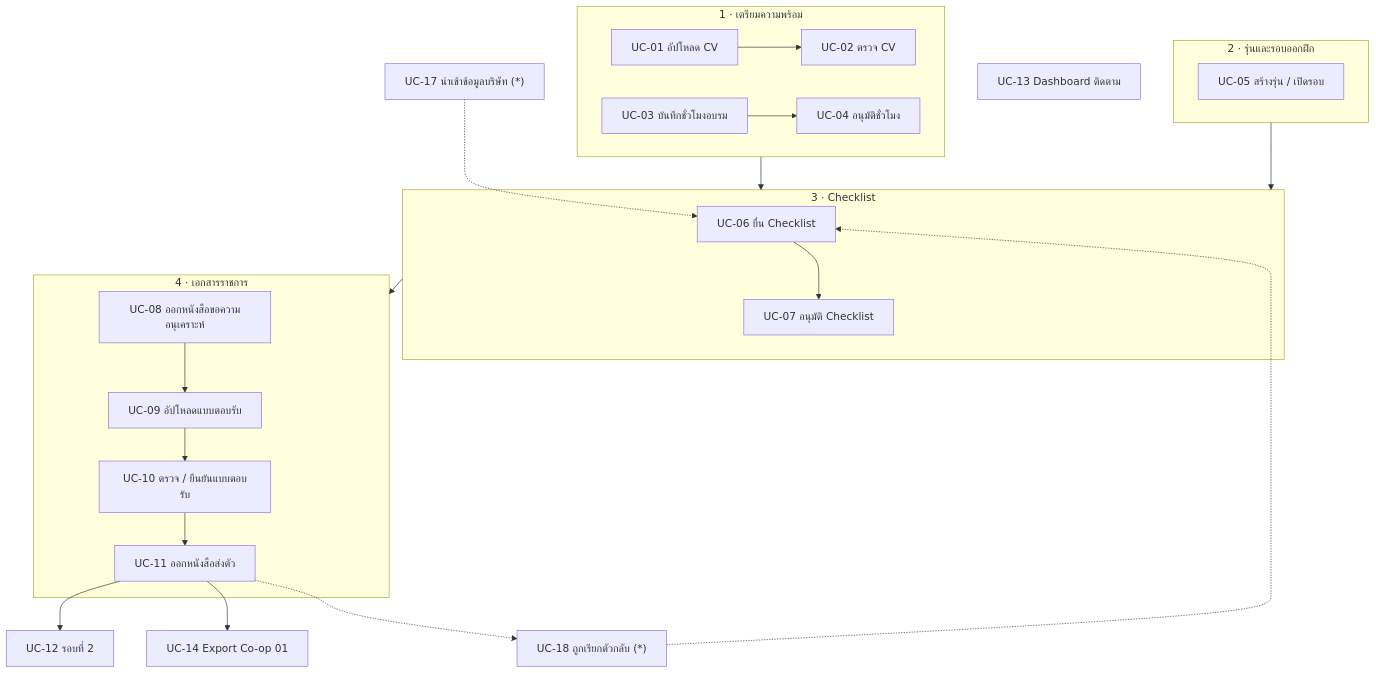
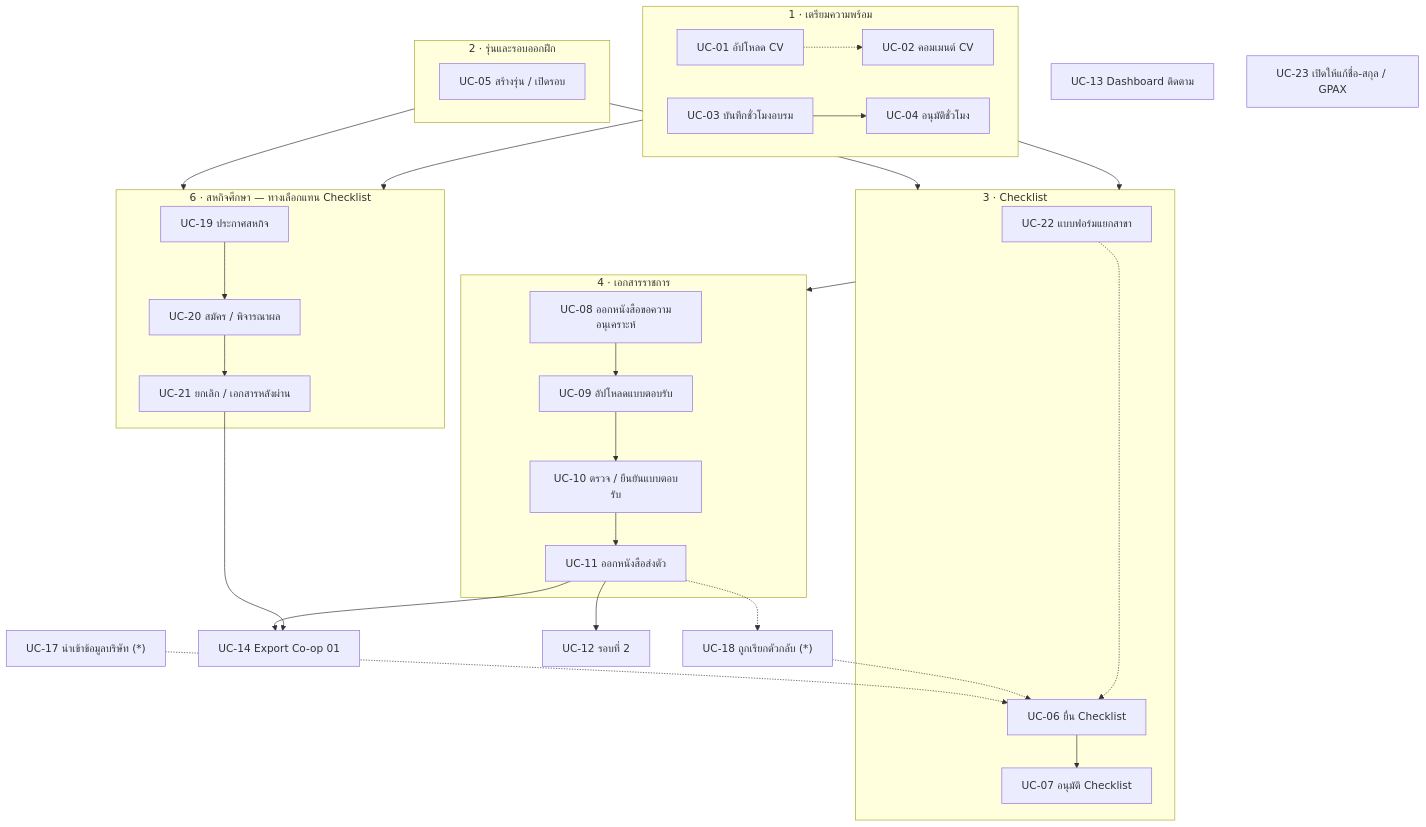
One commit to Whyer2005/ICT_Internship_tracking_system changed the diagram in docs/requirements/03_USE_CASES.md. Above: the diagram before and after it, drawn with Mermaid. The commit also changed other lines of this file and 20 other files, not shown here.

Commit message:
อัพเดต diagrams และ เอกสาร

````diff
--- a/docs/requirements/03_USE_CASES.md
+++ b/docs/requirements/03_USE_CASES.md
@@ -8,27 +8,36 @@
 ```mermaid
 flowchart TB
   subgraph PREP[1 · เตรียมความพร้อม]
-    UC01[UC-01 อัปโหลด CV] --> UC02[UC-02 ตรวจ CV]
+    UC01[UC-01 อัปโหลด CV] -.-> UC02[UC-02 คอมเมนต์ CV]
     UC03[UC-03 บันทึกชั่วโมงอบรม] --> UC04[UC-04 อนุมัติชั่วโมง]
   end
   subgraph CYCLE[2 · รุ่นและรอบออกฝึก]
     UC05[UC-05 สร้างรุ่น / เปิดรอบ]
   end
   subgraph CHK[3 · Checklist]
+    UC22[UC-22 แบบฟอร์มแยกสาขา] -.-> UC06
     UC06[UC-06 ยื่น Checklist] --> UC07[UC-07 อนุมัติ Checklist]
+  end
+  subgraph COOP[6 · สหกิจศึกษา — ทางเลือกแทน Checklist]
+    UC19[UC-19 ประกาศสหกิจ] --> UC20[UC-20 สมัคร / พิจารณาผล]
+    UC20 --> UC21[UC-21 ยกเลิก / เอกสารหลังผ่าน]
   end
   subgraph DOC[4 · เอกสารราชการ]
     UC08[UC-08 ออกหนังสือขอความอนุเคราะห์] --> UC09[UC-09 อัปโหลดแบบตอบรับ]
     UC09 --> UC10[UC-10 ตรวจ / ยืนยันแบบตอบรับ]
     UC10 --> UC11[UC-11 ออกหนังสือส่งตัว]
   end
   PREP --> CHK
   CYCLE --> CHK
+  PREP --> COOP
+  CYCLE --> COOP
+  UC21 --> UC14
   CHK --> DOC
   UC11 --> UC12[UC-12 รอบที่ 2]
   UC11 --> UC14[UC-14 Export Co-op 01]
   UC11 -.-> UC18["UC-18 ถูกเรียกตัวกลับ (*)"]
   UC18 -.-> UC06
   UC13[UC-13 Dashboard ติดตาม]
   UC17["UC-17 นำเข้าข้อมูลบริษัท (*)"] -.-> UC06
+  UC23[UC-23 เปิดให้แก้ชื่อ-สกุล / GPAX]
 ```
````
